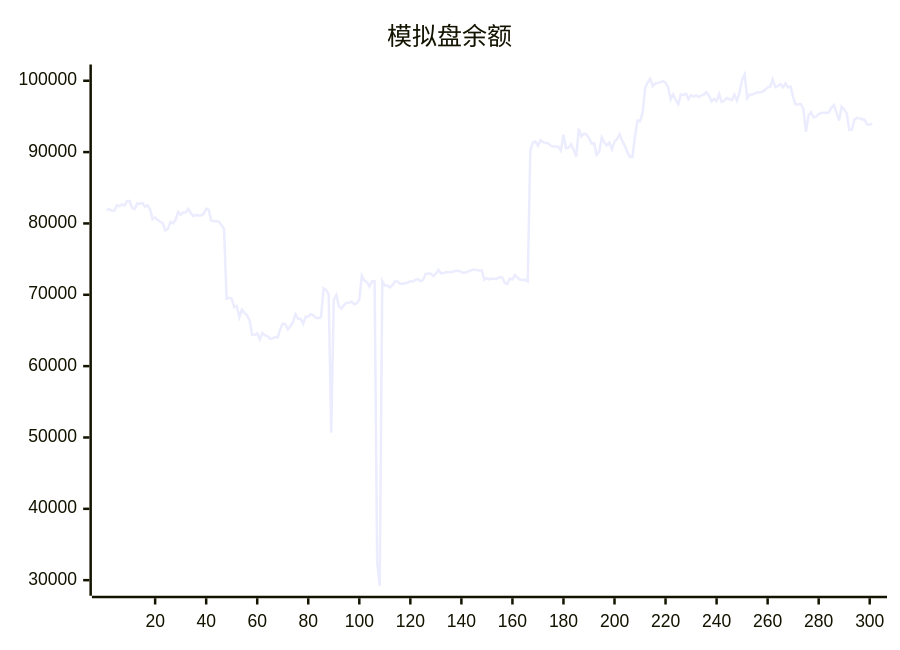
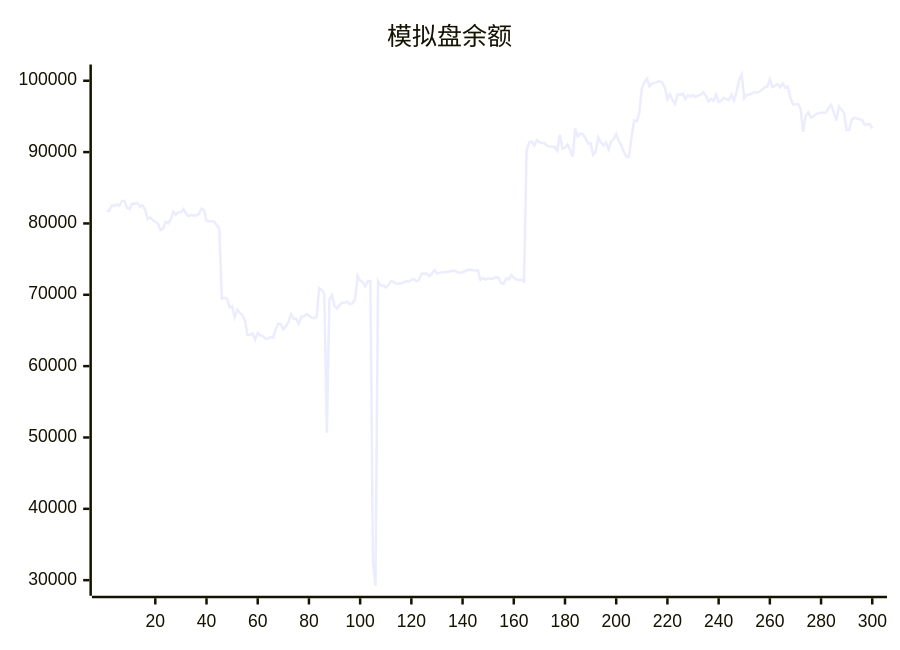
Before and after one commit to aahl/ai-trading: the diagram in README.md, drawn with Mermaid. The commit also changed other lines of this file and 1 other file, not shown here.

````diff
--- a/README.md
+++ b/README.md
@@ -5,5 +5,5 @@
 ```mermaid
 xychart
     title "模拟盘余额"
-    line [81829,82022,81769,81776,82522,82441,82656,82499,83144,83145,82150,82038,82797,82763,82872,82367,82536,81981,80612,80862,80484,80242,80034,79063,79245,80227,80016,80507,81625,81233,81544,81578,82016,81401,81019,81186,81130,81118,81306,82066,81909,80392,80304,80291,80258,79729,79261,69466,69579,69456,68251,68415,66832,67911,67462,67144,66432,64380,64375,64606,63741,64647,64324,64216,63842,63877,64079,64008,65156,65945,65888,65157,65625,66144,67284,66653,66639,65924,66925,66956,67263,67108,66766,66729,66886,70927,70673,70049,50652,69334,69973,68400,68061,68578,68877,68879,69055,68662,68822,69329,72687,71999,71760,71163,71911,71896,32500,29218,71927,71297,71305,71044,71337,71883,71822,71536,71536,71622,71723,71880,71860,72100,72216,71887,72077,72940,72976,72966,72638,72948,73497,73004,73041,73173,73160,73187,73258,73375,73351,73173,73098,73161,73305,73474,73536,73457,73413,73412,72100,72333,72164,72272,72204,72285,72461,72421,71652,71521,72267,72157,72774,72425,72144,72060,72091,71858,90185,91338,91466,90900,91678,91404,91268,91244,90903,90779,90787,90721,90187,92429,90518,90619,91070,90328,89376,93286,92202,92581,92485,91947,91196,91259,89619,90086,92063,91355,90950,91327,90373,91498,91800,92531,91603,90910,90031,89351,89334,92097,94406,94315,95455,98972,99763,100286,99229,99622,99701,99805,99938,99738,99082,97430,98094,97267,96741,98081,98013,98194,97447,97983,97789,97969,97729,97911,98043,98405,97912,97120,97448,97154,98095,97021,97191,97616,97402,97263,98035,97210,98424,100121,100876,97552,98049,98085,98228,98388,98342,98488,98750,99086,99181,100188,99107,99272,99553,99072,99636,99061,99186,97674,96679,96704,96743,96096,92830,95088,95560,94866,94995,95295,95497,95531,95527,95559,96236,96597,95538,94422,96363,95972,95418,93095,93128,94558,94795,94727,94611,94508,93857,93852,93954]
+    line [81769,81776,82522,82441,82656,82499,83144,83145,82150,82038,82797,82763,82872,82367,82536,81981,80612,80862,80484,80242,80034,79063,79245,80227,80016,80507,81625,81233,81544,81578,82016,81401,81019,81186,81130,81118,81306,82066,81909,80392,80304,80291,80258,79729,79261,69466,69579,69456,68251,68415,66832,67911,67462,67144,66432,64380,64375,64606,63741,64647,64324,64216,63842,63877,64079,64008,65156,65945,65888,65157,65625,66144,67284,66653,66639,65924,66925,66956,67263,67108,66766,66729,66886,70927,70673,70049,50652,69334,69973,68400,68061,68578,68877,68879,69055,68662,68822,69329,72687,71999,71760,71163,71911,71896,32500,29218,71927,71297,71305,71044,71337,71883,71822,71536,71536,71622,71723,71880,71860,72100,72216,71887,72077,72940,72976,72966,72638,72948,73497,73004,73041,73173,73160,73187,73258,73375,73351,73173,73098,73161,73305,73474,73536,73457,73413,73412,72100,72333,72164,72272,72204,72285,72461,72421,71652,71521,72267,72157,72774,72425,72144,72060,72091,71858,90185,91338,91466,90900,91678,91404,91268,91244,90903,90779,90787,90721,90187,92429,90518,90619,91070,90328,89376,93286,92202,92581,92485,91947,91196,91259,89619,90086,92063,91355,90950,91327,90373,91498,91800,92531,91603,90910,90031,89351,89334,92097,94406,94315,95455,98972,99763,100286,99229,99622,99701,99805,99938,99738,99082,97430,98094,97267,96741,98081,98013,98194,97447,97983,97789,97969,97729,97911,98043,98405,97912,97120,97448,97154,98095,97021,97191,97616,97402,97263,98035,97210,98424,100121,100876,97552,98049,98085,98228,98388,98342,98488,98750,99086,99181,100188,99107,99272,99553,99072,99636,99061,99186,97674,96679,96704,96743,96096,92830,95088,95560,94866,94995,95295,95497,95531,95527,95559,96236,96597,95538,94422,96363,95972,95418,93095,93128,94558,94795,94727,94611,94508,93857,93852,93955,93340]
 ```
````
